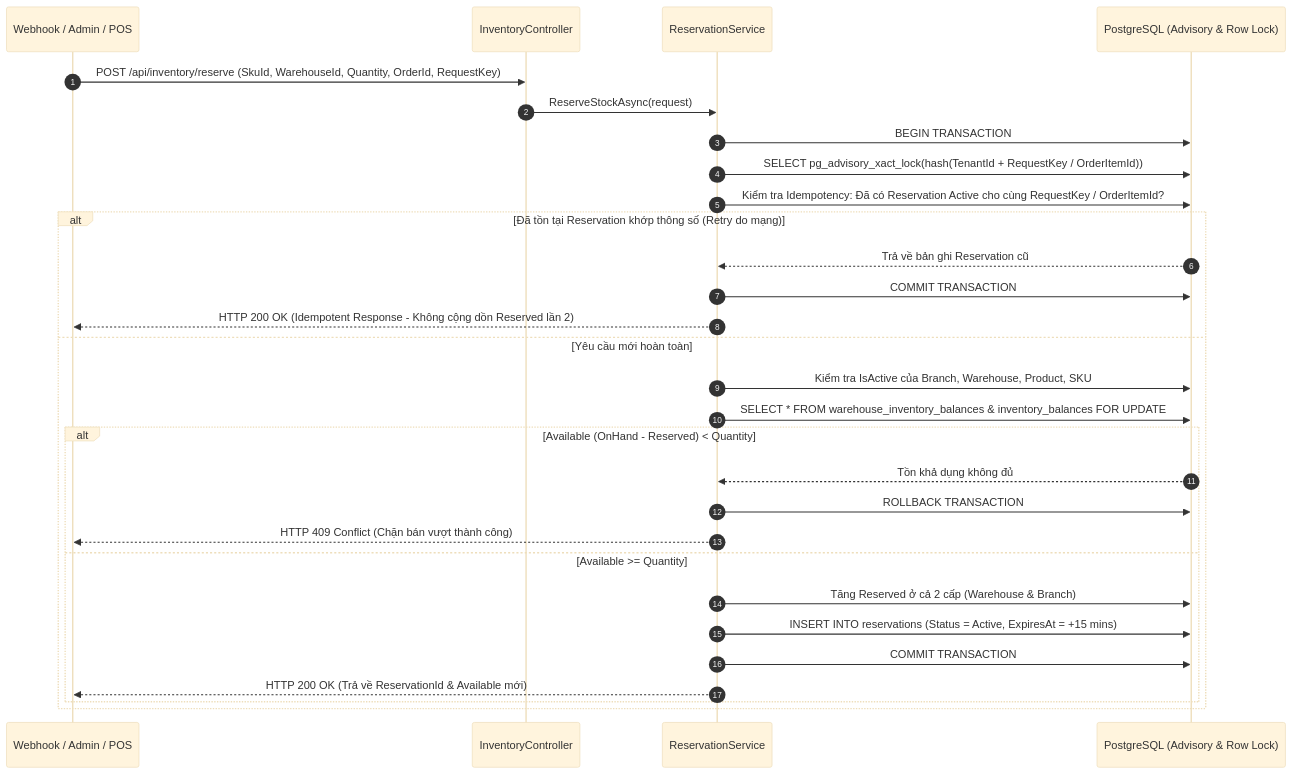
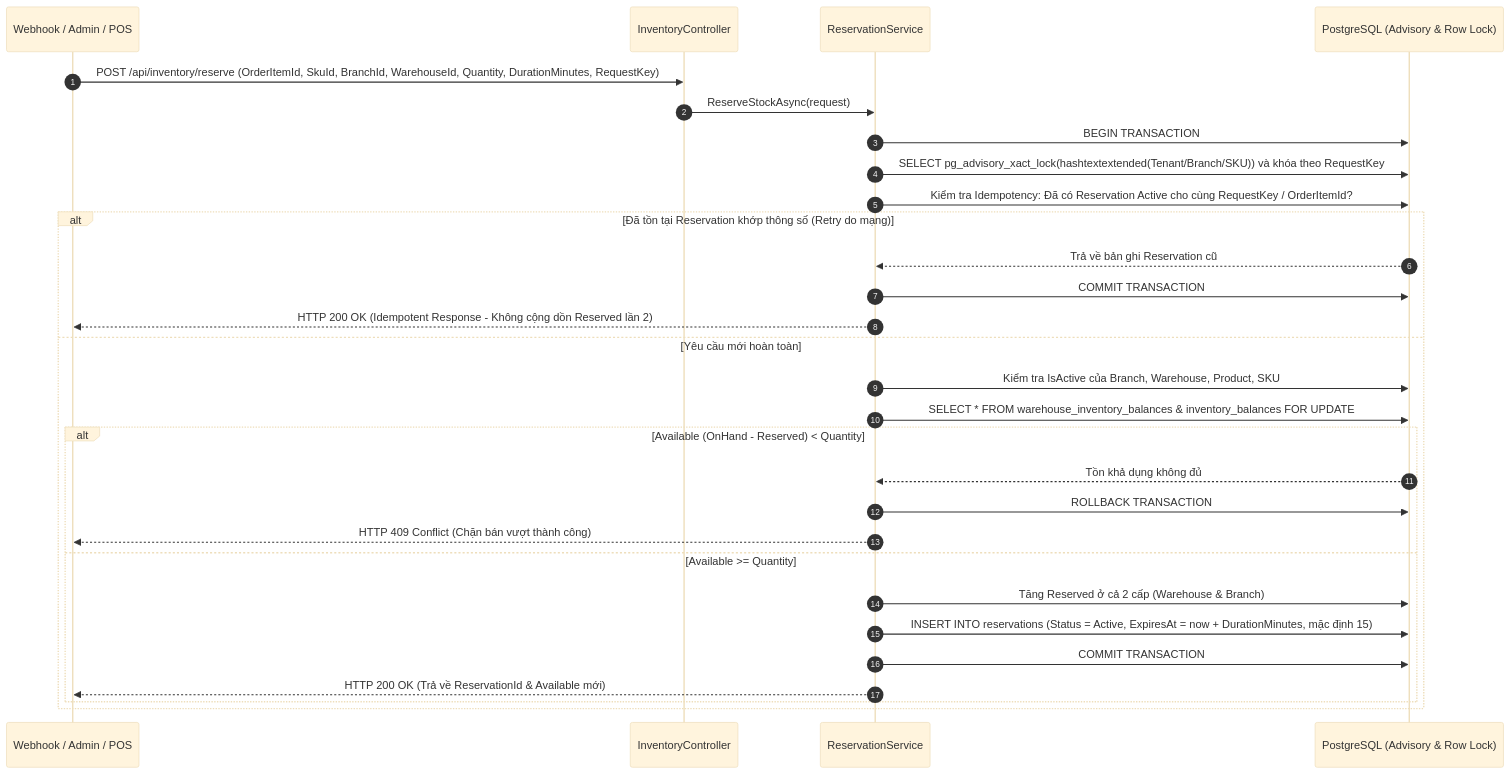
One commit to khoalvd839764-netizen/OISMS changed the diagram in docs/04-architecture-and-design/sequence-diagrams/seq-online-reservation.md. Above: the diagram before and after it, drawn with Mermaid (base theme). The commit also changed other lines of this file and 103 other files, not shown here.

````diff
--- a/docs/04-architecture-and-design/sequence-diagrams/seq-online-reservation.md
+++ b/docs/04-architecture-and-design/sequence-diagrams/seq-online-reservation.md
@@ -23,32 +24,32 @@
 ```mermaid
 sequenceDiagram
     autonumber
     participant Client as Webhook / Admin / POS
     participant API as InventoryController
     participant Svc as ReservationService
     participant DB as PostgreSQL (Advisory & Row Lock)
 
-    Client->>API: POST /api/inventory/reserve (SkuId, WarehouseId, Quantity, OrderId, RequestKey)
+    Client->>API: POST /api/inventory/reserve (OrderItemId, SkuId, BranchId, WarehouseId, Quantity, DurationMinutes, RequestKey)
     API->>Svc: ReserveStockAsync(request)
     Svc->>DB: BEGIN TRANSACTION
-    Svc->>DB: SELECT pg_advisory_xact_lock(hash(TenantId + RequestKey / OrderItemId))
+    Svc->>DB: SELECT pg_advisory_xact_lock(hashtextextended(Tenant/Branch/SKU)) và khóa theo RequestKey
     Svc->>DB: Kiểm tra Idempotency: Đã có Reservation Active cho cùng RequestKey / OrderItemId?
     alt Đã tồn tại Reservation khớp thông số (Retry do mạng)
         DB-->>Svc: Trả về bản ghi Reservation cũ
         Svc->>DB: COMMIT TRANSACTION
         Svc-->>Client: HTTP 200 OK (Idempotent Response - Không cộng dồn Reserved lần 2)
     else Yêu cầu mới hoàn toàn
         Svc->>DB: Kiểm tra IsActive của Branch, Warehouse, Product, SKU
         Svc->>DB: SELECT * FROM warehouse_inventory_balances & inventory_balances FOR UPDATE
         alt Available (OnHand - Reserved) < Quantity
             DB-->>Svc: Tồn khả dụng không đủ
             Svc->>DB: ROLLBACK TRANSACTION
             Svc-->>Client: HTTP 409 Conflict (Chặn bán vượt thành công)
         else Available >= Quantity
             Svc->>DB: Tăng Reserved ở cả 2 cấp (Warehouse & Branch)
-            Svc->>DB: INSERT INTO reservations (Status = Active, ExpiresAt = +15 mins)
+            Svc->>DB: INSERT INTO reservations (Status = Active, ExpiresAt = now + DurationMinutes, mặc định 15)
             Svc->>DB: COMMIT TRANSACTION
             Svc-->>Client: HTTP 200 OK (Trả về ReservationId & Available mới)
         end
     end
 ```
````
